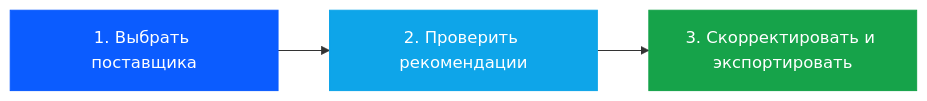
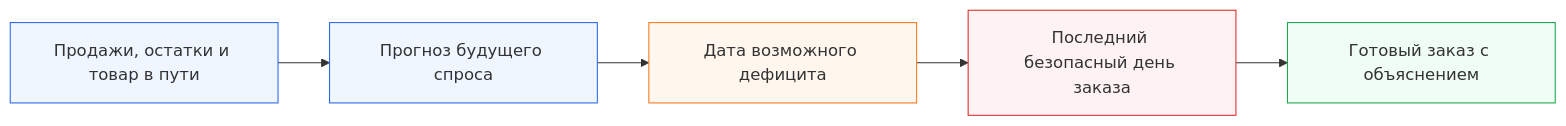
The diagram in README.md (BAITC-Hacks/hack-bd80e77f-light), drawn with Mermaid before and after one commit. The commit also changed other lines of this file, not shown here.

````diff
--- a/README.md
+++ b/README.md
@@ -67,9 +92,13 @@
 ```mermaid
 flowchart LR
-    A[1. Выбрать поставщика] --> B[2. Проверить рекомендации]
-    B --> C[3. Скорректировать и экспортировать]
+    A[Продажи, остатки и товар в пути] --> B[Прогноз будущего спроса]
+    B --> C[Дата возможного дефицита]
+    C --> D[Последний безопасный день заказа]
+    D --> E[Готовый заказ с объяснением]
 
-    style A fill:#0b5cff,color:#fff,stroke:#0b5cff
-    style B fill:#0ea5e9,color:#fff,stroke:#0ea5e9
-    style C fill:#16a34a,color:#fff,stroke:#16a34a
+    style A fill:#eff6ff,stroke:#2563eb
+    style B fill:#eff6ff,stroke:#2563eb
+    style C fill:#fff7ed,stroke:#f97316
+    style D fill:#fef2f2,stroke:#dc2626
+    style E fill:#f0fdf4,stroke:#16a34a
 ```
````
